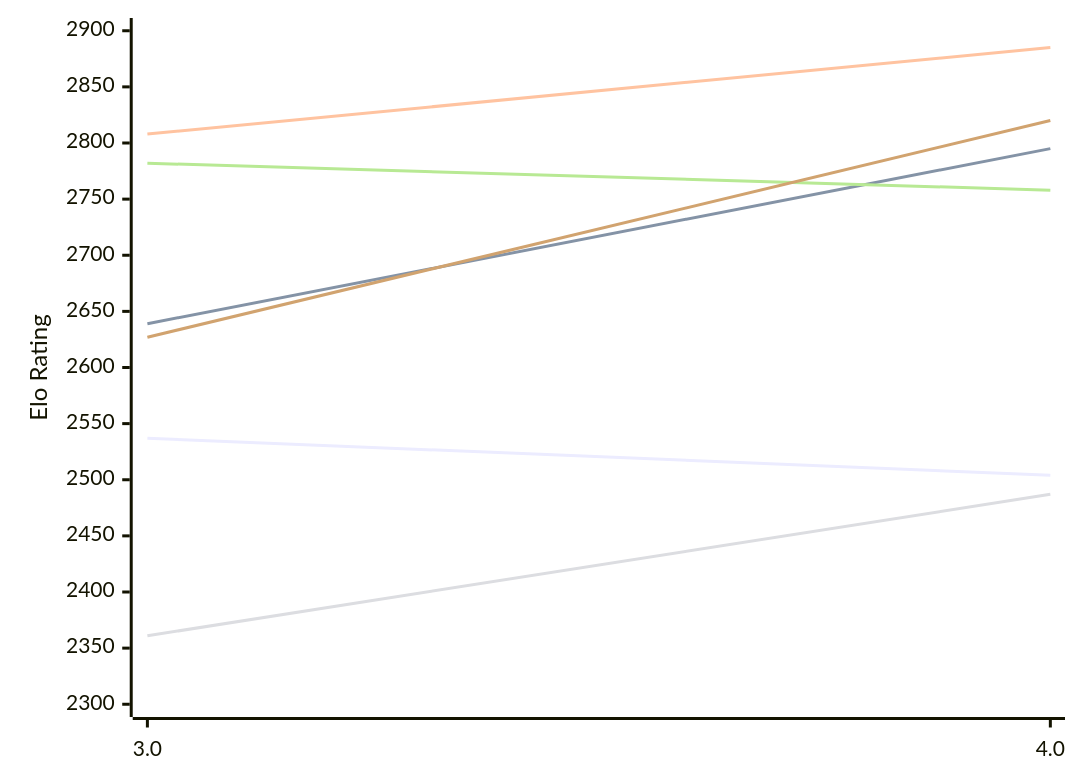
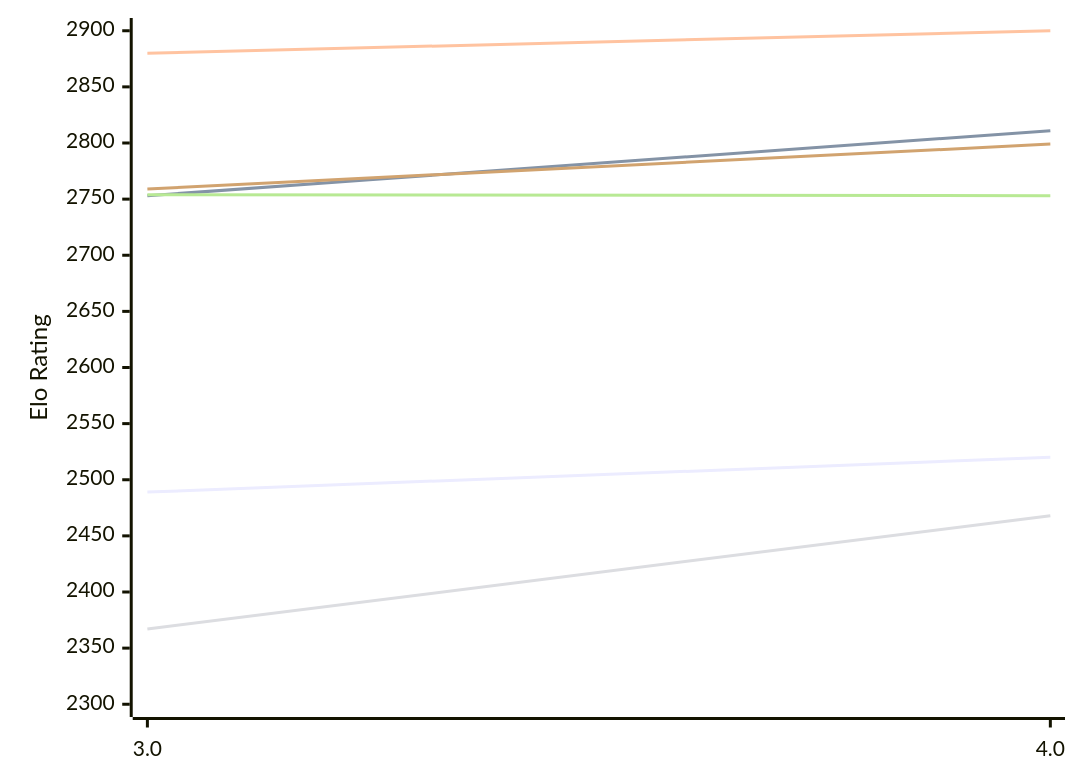
The first of 2 diagrams in engines/Chess3.md (computer-chess-index/cci), drawn with Mermaid before and after one commit. The commit also changed other lines of this file, not shown here.

Commit message:
Update CCI Ratings (ELO VLTC) - 2026-11-14

````diff
--- a/engines/Chess3.md
+++ b/engines/Chess3.md
@@ -50,12 +50,12 @@
 ```mermaid
 %%{init: {"theme":"base","themeVariables":{"seriesColors:['#a3a3a3','#222221','#faa371']}}}%%
 xychart-beta
   x-axis ["3.0", "4.0"]
   y-axis "Elo Rating" 2300 --> 2900
-  line "E1: STC (8.0+0.08s)" [2537, 2504]
-  line "E1: LTC (60.0+0.60s)" [2639, 2795]
-  line "E1: VLTC (2m24s+1.12s)" [2808, 2885]
-  line "P1: STC (8.0+0.08s)" [2361, 2487]
-  line "P1: LTC (60.0+0.60s)" [2782, 2758]
-  line "P1: VLTC (2m24s+1.12s)" [2627, 2820]
+  line "E1: STC (8.0+0.08s)" [2489, 2520]
+  line "E1: LTC (60.0+0.60s)" [2753, 2811]
+  line "E1: VLTC (2m24s+1.12s)" [2880, 2900]
+  line "P1: STC (8.0+0.08s)" [2367, 2468]
+  line "P1: LTC (60.0+0.60s)" [2754, 2753]
+  line "P1: VLTC (2m24s+1.12s)" [2759, 2799]
 ```
````
